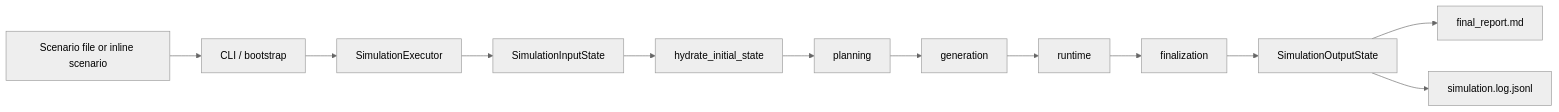
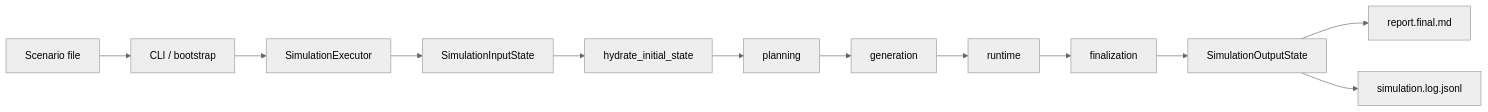
Before and after one commit to keonho-kim/simula: the diagram in README.md, drawn with Mermaid (neutral theme). The commit also changed other lines of this file and 259 other files, not shown here.

````diff
--- a/README.md
+++ b/README.md
@@ -95,14 +110,14 @@
 ```mermaid
 flowchart LR
-    Scenario["Scenario file or inline scenario"] --> CLI["CLI / bootstrap"]
+    Scenario["Scenario file"] --> CLI["CLI / bootstrap"]
     CLI --> Executor["SimulationExecutor"]
     Executor --> Input["SimulationInputState"]
     Input --> Hydrate["hydrate_initial_state"]
     Hydrate --> Planning["planning"]
     Planning --> Generation["generation"]
     Generation --> Runtime["runtime"]
     Runtime --> Finalization["finalization"]
     Finalization --> Output["SimulationOutputState"]
-    Output --> Report["final_report.md"]
+    Output --> Report["report.final.md"]
     Output --> Log["simulation.log.jsonl"]
 ```
````
